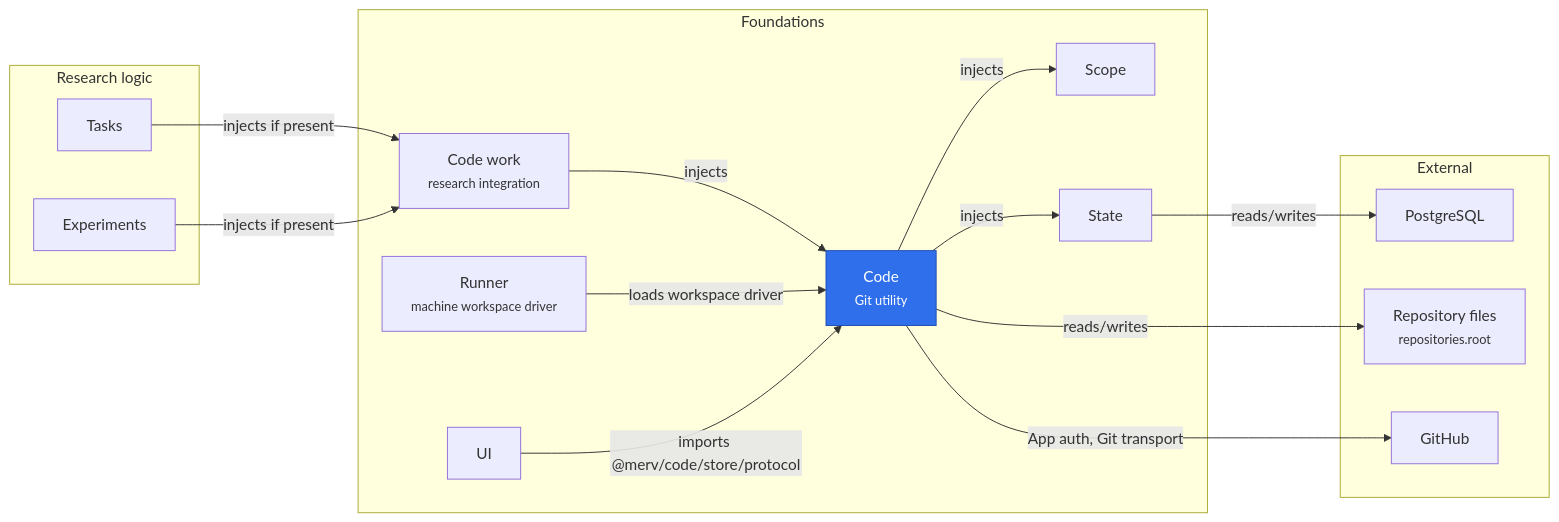
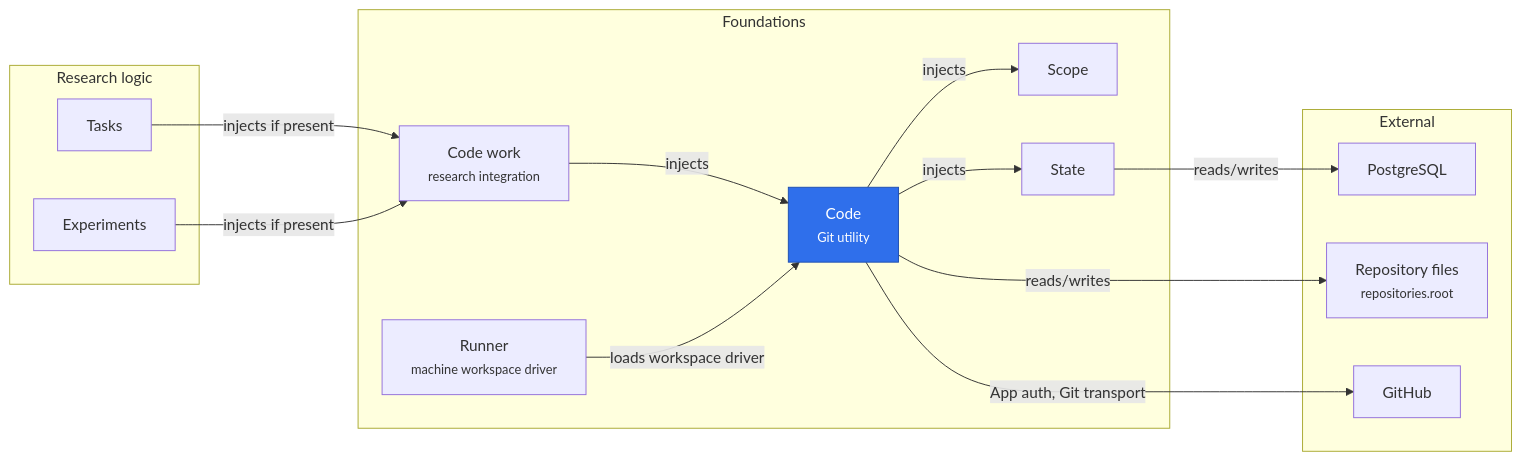
The diagram in merv-typescript/packages/code/README.md (rapidreview-io/Merv), drawn with Mermaid before and after one commit. The commit also changed other lines of this file and 12 other files, not shown here.

First line of the commit message:
Move code-work's wire types out of Code's store protocol

````diff
--- a/merv-typescript/packages/code/README.md
+++ b/merv-typescript/packages/code/README.md
@@ -20,32 +20,30 @@
 ```mermaid
 flowchart LR
   subgraph research["Research logic"]
     tasks[Tasks]
     experiments[Experiments]
   end
   subgraph foundations["Foundations"]
     codeWork["Code work<br/><small>research integration</small>"]
     code["Code<br/><small>Git utility</small>"]
     runner["Runner<br/><small>machine workspace driver</small>"]
-    ui[UI]
     scope[Scope]
     state[State]
   end
   subgraph external["External"]
     postgres[PostgreSQL]
     repositories["Repository files<br/><small>repositories.root</small>"]
     github[GitHub]
   end
   tasks -- "injects if present" --> codeWork
   experiments -- "injects if present" --> codeWork
   codeWork -- "injects" --> code
   runner -- "loads workspace driver" --> code
-  ui -- "imports @merv/code/store/protocol" --> code
   code -- "injects" --> scope
   code -- "injects" --> state
   state -- "reads/writes" --> postgres
   code -- "reads/writes" --> repositories
   code -- "App auth, Git transport" --> github
   classDef self fill:#2f6feb,color:#fff,stroke:#1f4fb0
   class code self
 ```
````
